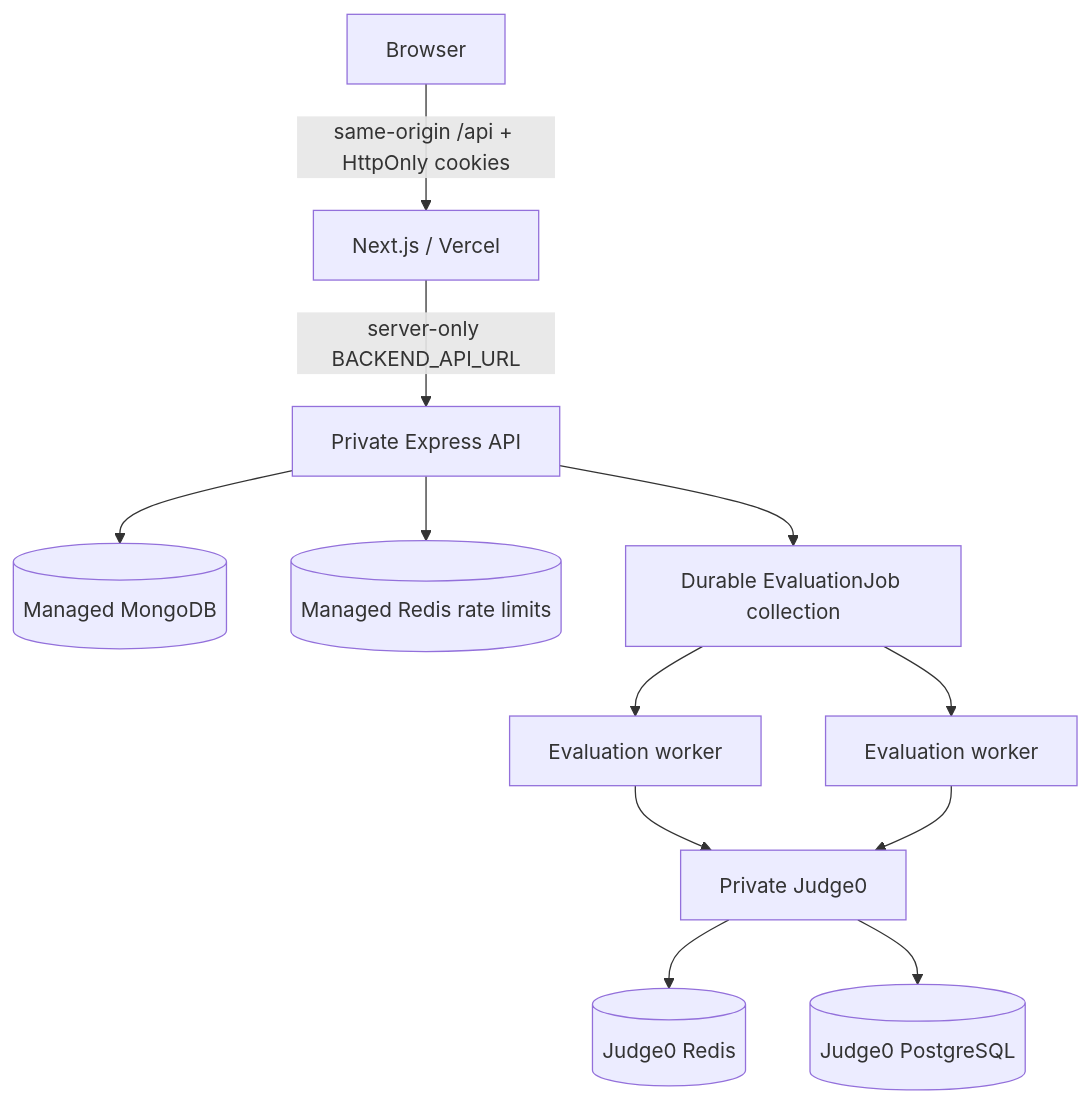
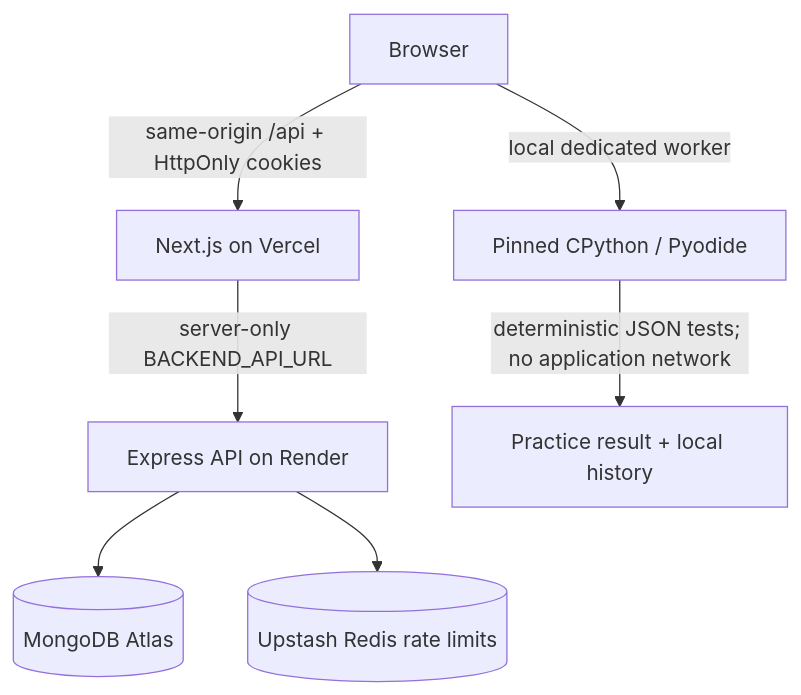
Before and after one commit to Katalume/documentation: the first of 2 diagrams in docs/architecture/system.md, drawn with Mermaid. The commit also changed other lines of this file and 14 other files, not shown here.

````diff
--- a/docs/architecture/system.md
+++ b/docs/architecture/system.md
@@ -5,14 +5,9 @@
 ```mermaid
 flowchart TB
-    B["Browser"] -->|"same-origin /api + HttpOnly cookies"| F["Next.js / Vercel"]
-    F -->|"server-only BACKEND_API_URL"| API["Private Express API"]
-    API --> DB[("Managed MongoDB")]
-    API --> RL[("Managed Redis rate limits")]
-    API --> Q["Durable EvaluationJob collection"]
-    Q --> W1["Evaluation worker"]
-    Q --> W2["Evaluation worker"]
-    W1 --> J["Private Judge0"]
-    W2 --> J
-    J --> JR[("Judge0 Redis")]
-    J --> JP[("Judge0 PostgreSQL")]
+    B["Browser"] -->|"same-origin /api + HttpOnly cookies"| F["Next.js on Vercel"]
+    F -->|"server-only BACKEND_API_URL"| API["Express API on Render"]
+    API --> DB[("MongoDB Atlas")]
+    API --> RL[("Upstash Redis rate limits")]
+    B -->|"local dedicated worker"| PY["Pinned CPython / Pyodide"]
+    PY -->|"deterministic JSON tests; no application network"| R["Practice result + local history"]
 ```
````
